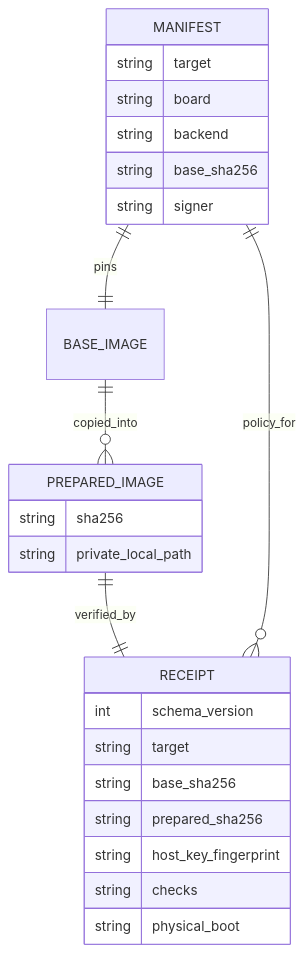
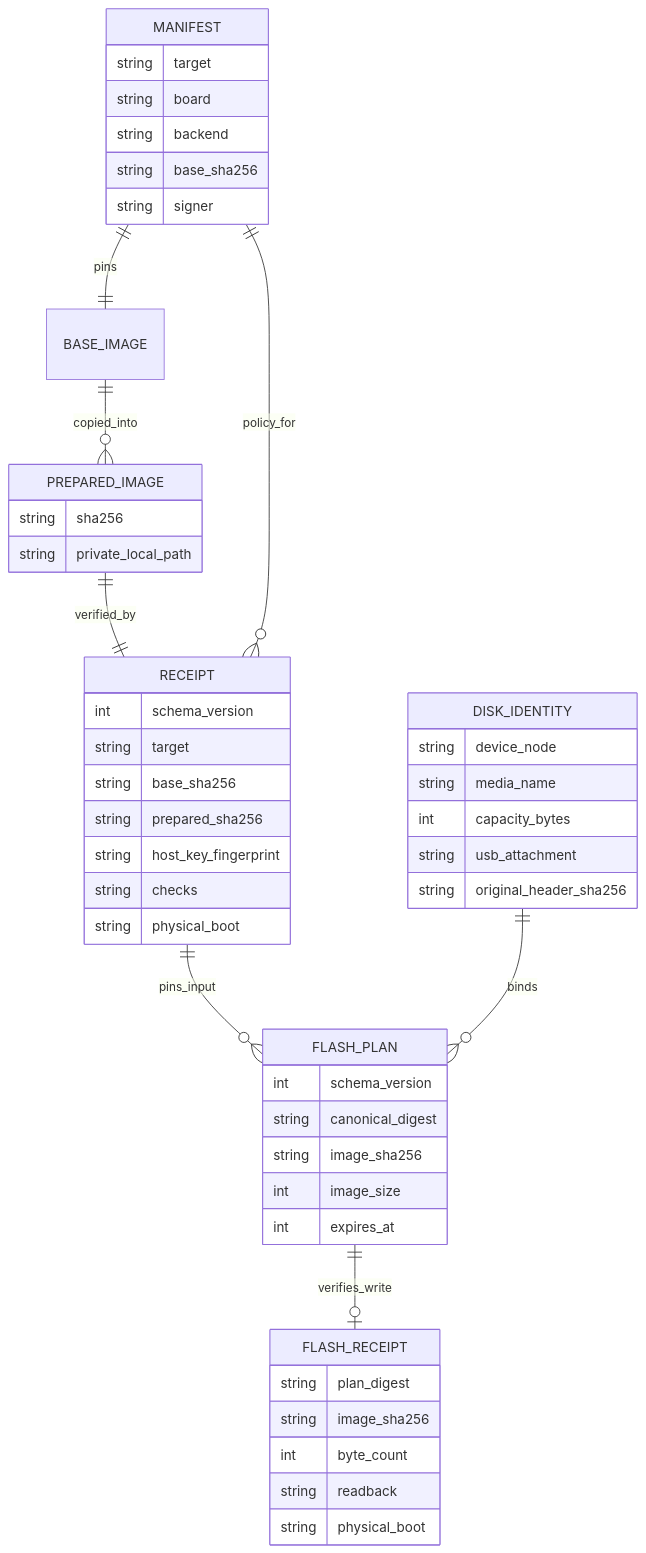
The second of 2 diagrams in docs/specs/raspberry_pi_bootstrap/README.md (Saltiola7/dotfiles), drawn with Mermaid before and after one commit. The commit also changed other lines of this file and 2 other files, not shown here.

Commit message:
[refactor] align flash contracts and tests

````diff
--- a/docs/specs/raspberry_pi_bootstrap/README.md
+++ b/docs/specs/raspberry_pi_bootstrap/README.md
@@ -230,29 +230,53 @@
 ```mermaid
 erDiagram
   MANIFEST ||--|| BASE_IMAGE : pins
   BASE_IMAGE ||--o{ PREPARED_IMAGE : copied_into
   PREPARED_IMAGE ||--|| RECEIPT : verified_by
   MANIFEST ||--o{ RECEIPT : policy_for
+  RECEIPT ||--o{ FLASH_PLAN : pins_input
+  DISK_IDENTITY ||--o{ FLASH_PLAN : binds
+  FLASH_PLAN ||--o| FLASH_RECEIPT : verifies_write
   accTitle: Pi preparation provenance schema
-  accDescr: A public policy pins the base image. Each private prepared image has a receipt binding hashes, target, checks and host-key fingerprint. Passwords are absent from the receipt.
+  accDescr: A public policy pins the base image. Each private prepared image has a receipt binding hashes, target, checks and host-key fingerprint. A fresh private flash plan also binds current disk identity, input image and expiry; its matching write receipt records readback success. Passwords are absent from receipts.
   MANIFEST {
     string target
     string board
     string backend
     string base_sha256
     string signer
   }
   PREPARED_IMAGE {
     string sha256
     string private_local_path
   }
+  DISK_IDENTITY {
+    string device_node
+    string media_name
+    int capacity_bytes
+    string usb_attachment
+    string original_header_sha256
+  }
+  FLASH_PLAN {
+    int schema_version
+    string canonical_digest
+    string image_sha256
+    int image_size
+    int expires_at
+  }
+  FLASH_RECEIPT {
+    string plan_digest
+    string image_sha256
+    int byte_count
+    string readback
+    string physical_boot
+  }
   RECEIPT {
     int schema_version
     string target
     string base_sha256
     string prepared_sha256
     string host_key_fingerprint
     string checks
     string physical_boot
   }
 ```
````
